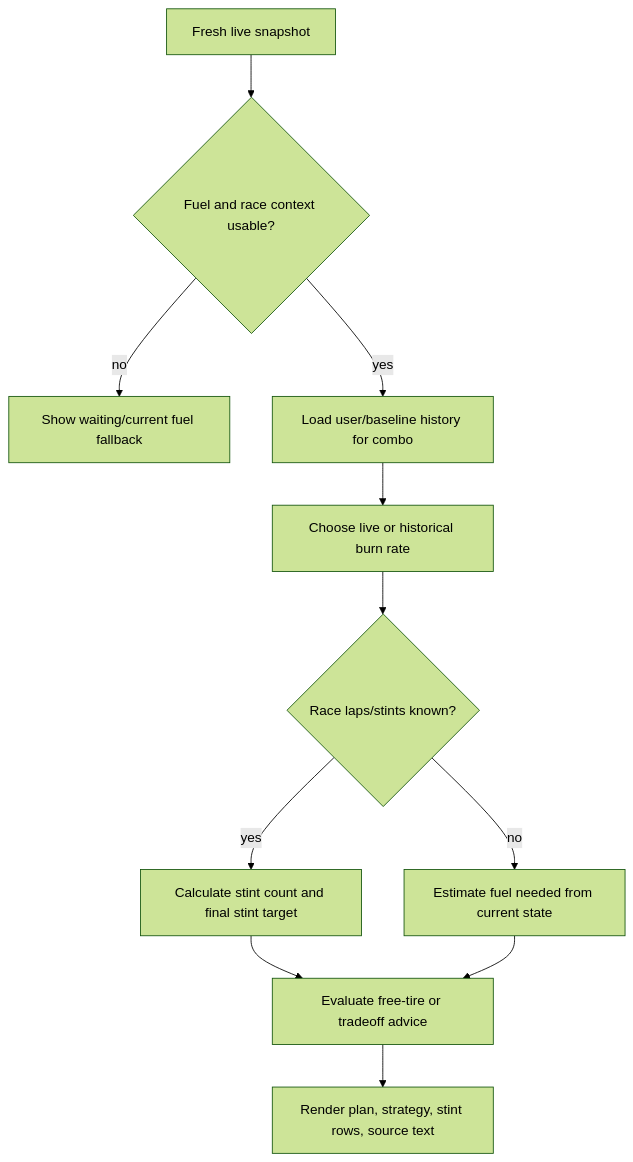
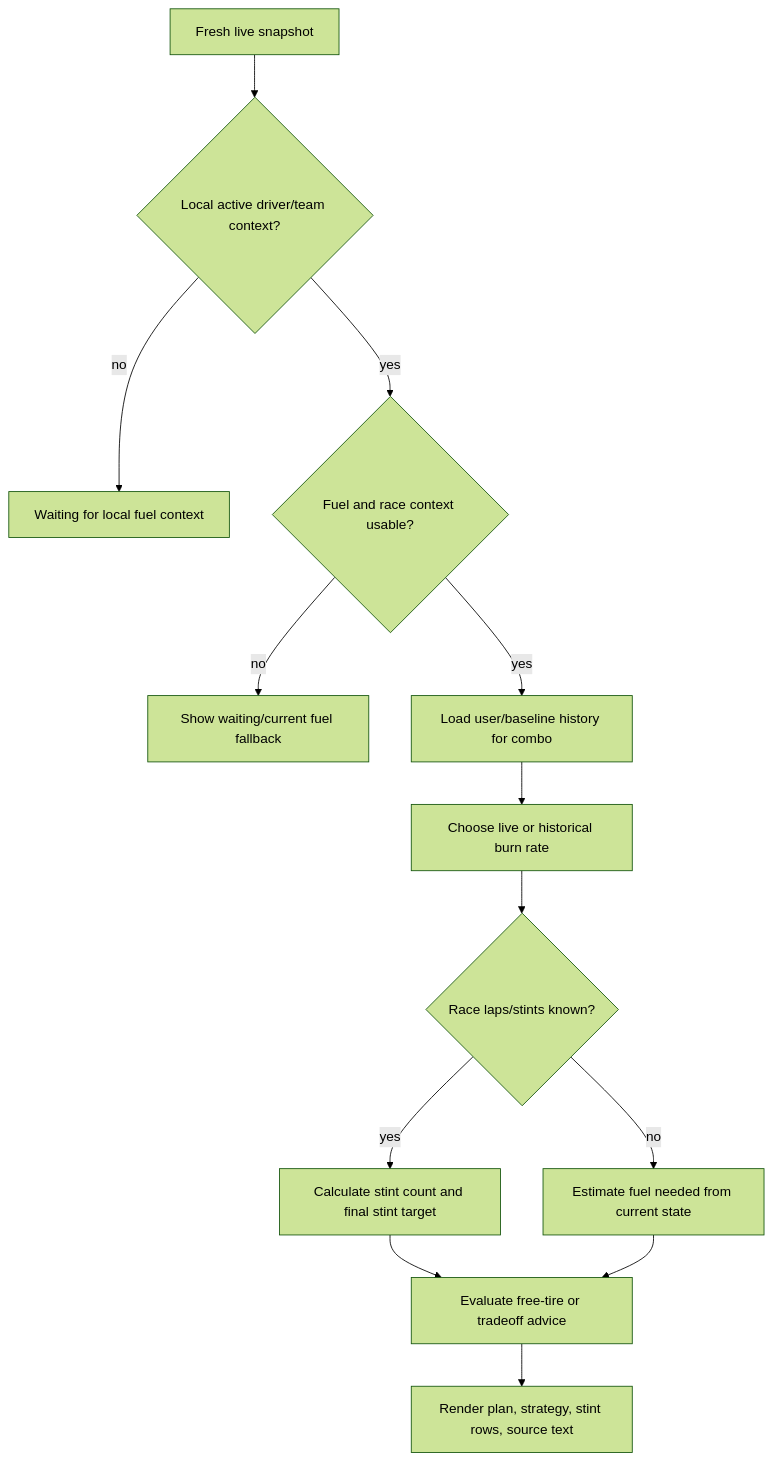
Before and after one commit to Boucher-David/tmrOverlay: the fifth of 16 diagrams in docs/overlay-flow-diagrams.md, drawn with Mermaid (forest theme). The commit also changed other lines of this file and 49 other files, not shown here.

````diff
--- a/docs/overlay-flow-diagrams.md
+++ b/docs/overlay-flow-diagrams.md
@@ -81,13 +84,15 @@
 ```mermaid
 flowchart TD
-    Start["Fresh live snapshot"] --> Fuel{"Fuel and race context usable?"}
-    Fuel -- no --> Waiting["Show waiting/current fuel fallback"]
+    Start["Fresh live snapshot"] --> Local{"Local active driver/team context?"}
+    Local -- no --> Waiting["Waiting for local fuel context"]
+    Local -- yes --> Fuel{"Fuel and race context usable?"}
+    Fuel -- no --> WaitingFuel["Show waiting/current fuel fallback"]
     Fuel -- yes --> History["Load user/baseline history for combo"]
     History --> Burn["Choose live or historical burn rate"]
     Burn --> Strategy{"Race laps/stints known?"}
     Strategy -- yes --> Plan["Calculate stint count and final stint target"]
     Strategy -- no --> Remaining["Estimate fuel needed from current state"]
     Plan --> Tires["Evaluate free-tire or tradeoff advice"]
     Remaining --> Tires
     Tires --> Render["Render plan, strategy, stint rows, source text"]
 ```
````
